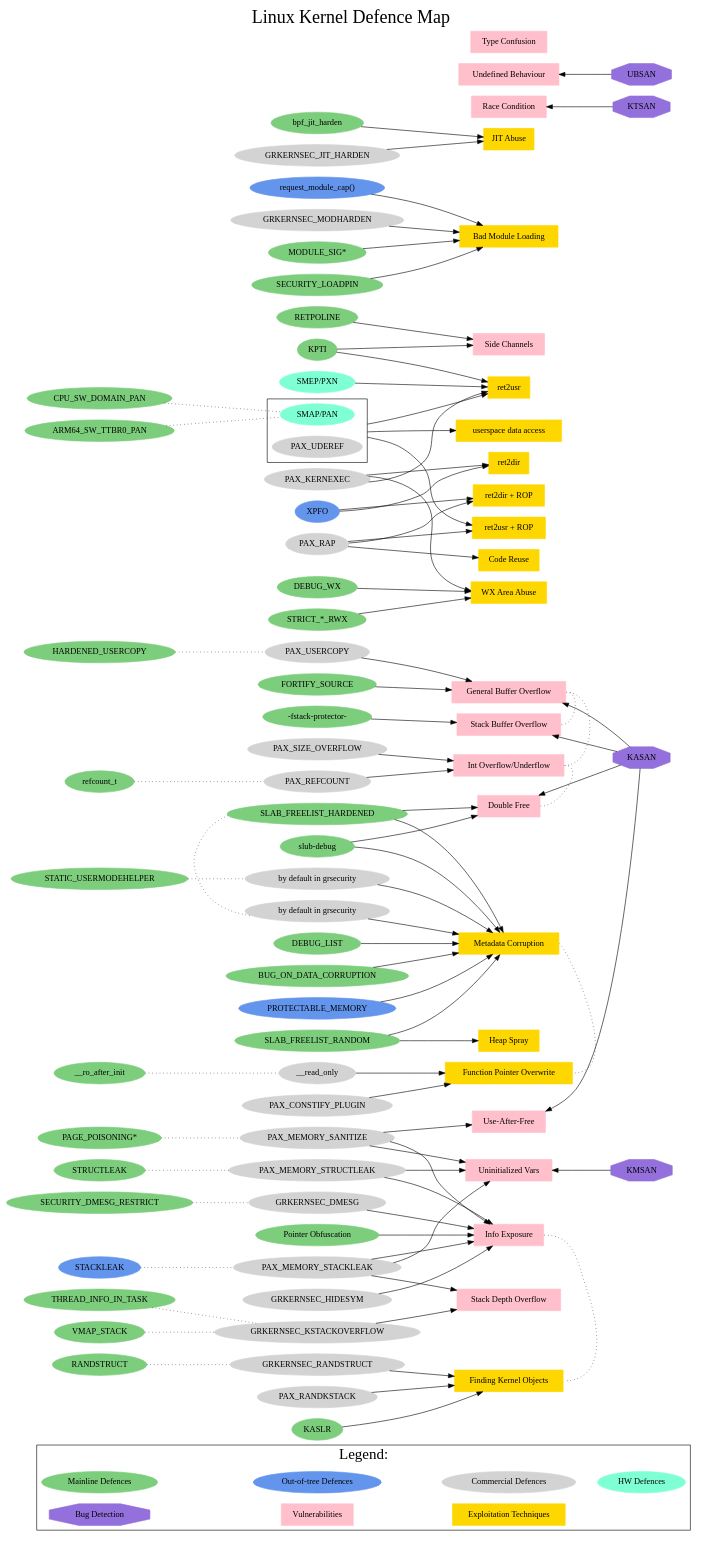
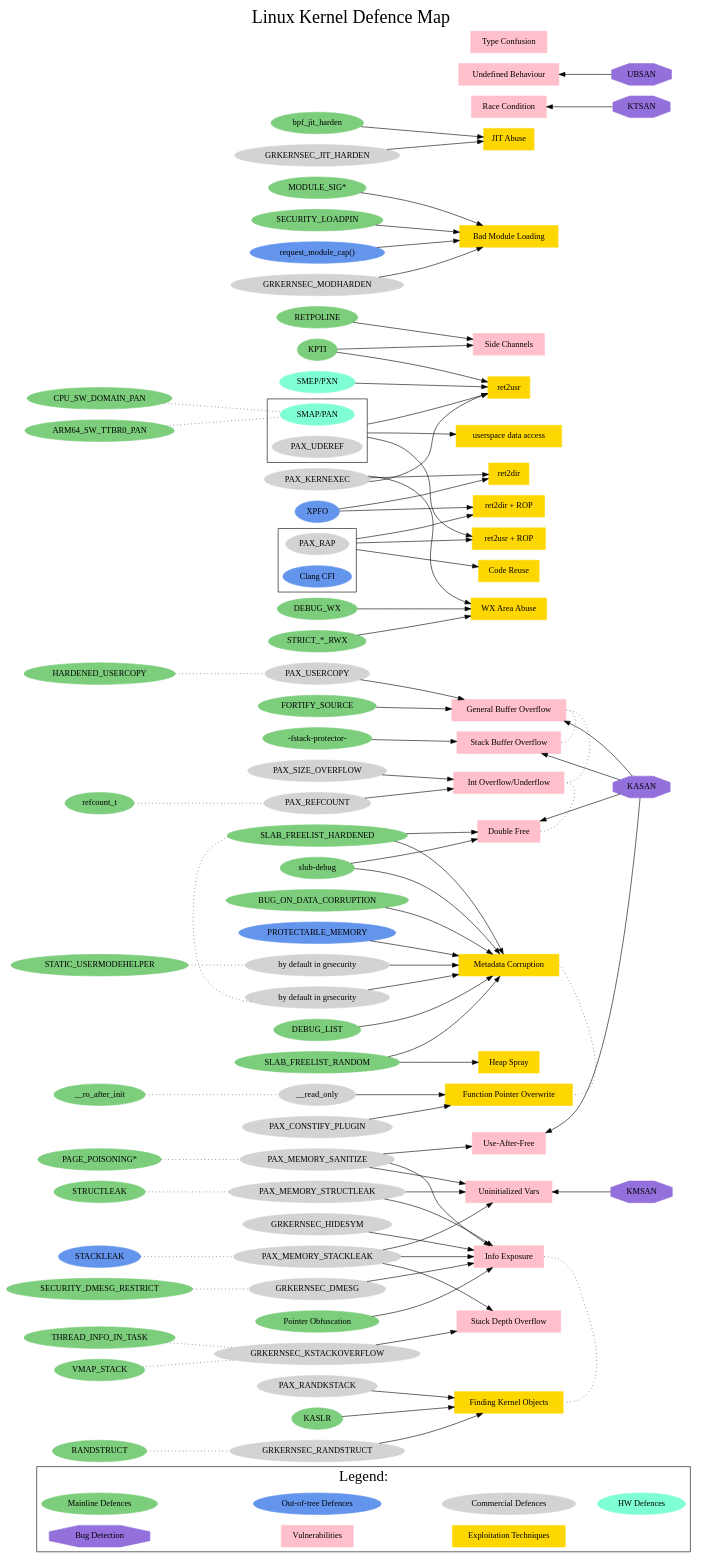
One commit to a13xp0p0v/linux-kernel-defence-map changed the diagram in linux-kernel-defence-map.dot. Above: the diagram before and after it, drawn with Graphviz.

Commit message:
Create cfi cluster (adding Clang CFI, thanks to Kees Cook)

```diff
--- a/linux-kernel-defence-map.dot
+++ b/linux-kernel-defence-map.dot
@@ -98,7 +98,6 @@
     "GRKERNSEC_HIDESYM";
     "GRKERNSEC_RANDSTRUCT";
     "PAX_CONSTIFY_PLUGIN";
-    "PAX_RAP";
     "PAX_RANDKSTACK";
     "GRKERNSEC_JIT_HARDEN";
     "PAX_MEMORY_STRUCTLEAK";
@@ -118,6 +117,12 @@
     label="";
     "SMAP/PAN" [shape=oval, color=aquamarine];
     "PAX_UDEREF" [shape=oval, color=lightgrey];
+  }
+
+  subgraph cluster_cfi {
+    label="";
+    "PAX_RAP" [shape=oval, color=lightgrey];
+    "Clang CFI" [shape=oval, color=cornflowerblue];
   }
 
   // Defences: child nodes and relations
@@ -271,7 +276,7 @@
 
   "SLAB_FREELIST_RANDOM" -> "Heap Spray";
 
-  "PAX_RAP" -> "Code Reuse";
+  "PAX_RAP" -> "Code Reuse" [ltail=cluster_cfi];
 
   "PAX_KERNEXEC" -> "ret2usr";
   "KPTI" -> "ret2usr";
@@ -281,13 +286,13 @@
   "PAX_UDEREF":ne -> "userspace data access" [ltail=cluster_smap_pan_uderef];
 
   "PAX_UDEREF":ne -> "ret2usr + ROP" [ltail=cluster_smap_pan_uderef, weight=4];
-  "PAX_RAP" -> "ret2usr + ROP";
+  "PAX_RAP" -> "ret2usr + ROP" [ltail=cluster_cfi];
 
   "PAX_KERNEXEC" -> "ret2dir";
   "XPFO" -> "ret2dir";
 
   "XPFO" -> "ret2dir + ROP";
-  "PAX_RAP" -> "ret2dir + ROP";
+  "PAX_RAP" -> "ret2dir + ROP" [ltail=cluster_cfi];
 
   "KASLR" -> "Finding Kernel Objects";
   "GRKERNSEC_RANDSTRUCT" -> "Finding Kernel Objects";
```
